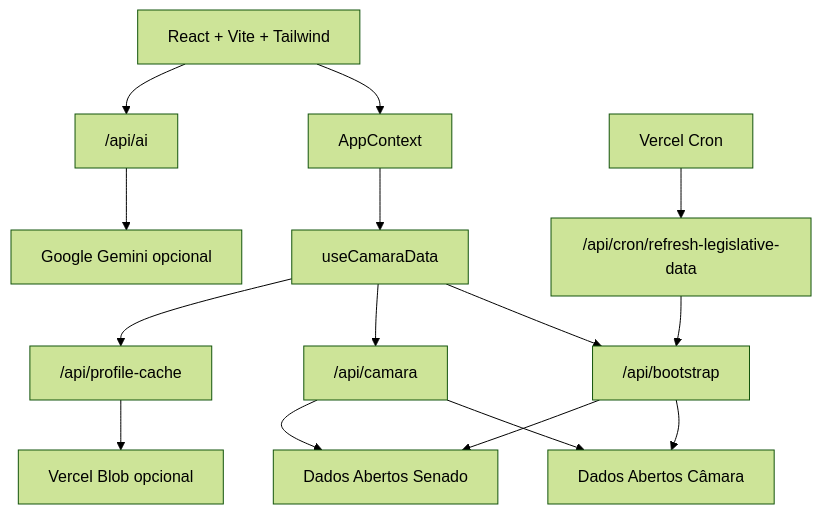
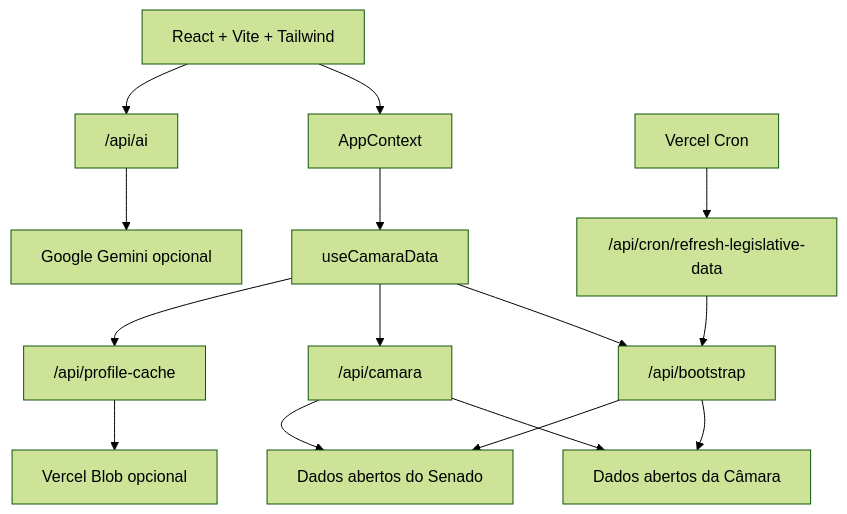
The second of 2 diagrams in README.md (Chrisllan02/Papo-Reto), drawn with Mermaid (forest theme) before and after one commit. The commit also changed other lines of this file and 6 other files, not shown here.

````diff
--- a/README.md
+++ b/README.md
@@ -65,17 +65,17 @@
 ```mermaid
 flowchart TB
   UI["React + Vite + Tailwind"] --> CTX["AppContext"]
   CTX --> HOOK["useCamaraData"]
   HOOK --> BOOT["/api/bootstrap"]
   HOOK --> PROXY["/api/camara"]
   HOOK --> CACHE["/api/profile-cache"]
   UI --> AI["/api/ai"]
   CRON["Vercel Cron"] --> JOB["/api/cron/refresh-legislative-data"]
   JOB --> BOOT
-  BOOT --> CAMARA["Dados Abertos Câmara"]
-  BOOT --> SENADO["Dados Abertos Senado"]
+  BOOT --> CAMARA["Dados abertos da Câmara"]
+  BOOT --> SENADO["Dados abertos do Senado"]
   PROXY --> CAMARA
   PROXY --> SENADO
   CACHE --> BLOB["Vercel Blob opcional"]
   AI --> GEMINI["Google Gemini opcional"]
 ```
````
